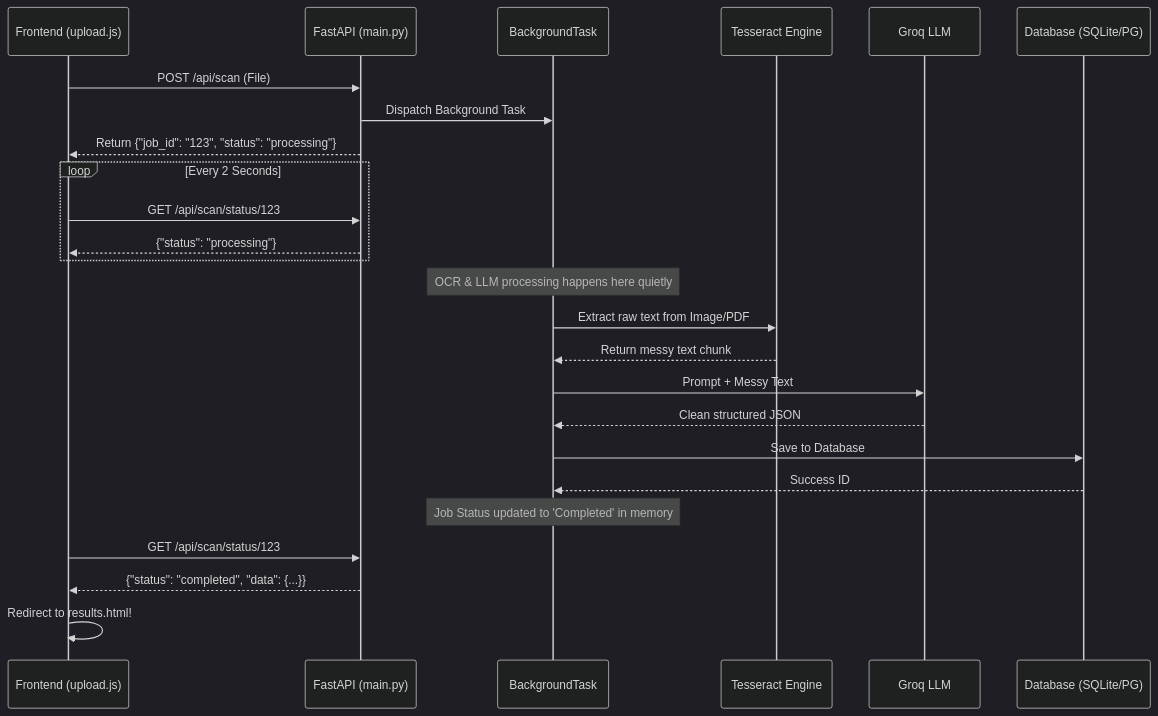
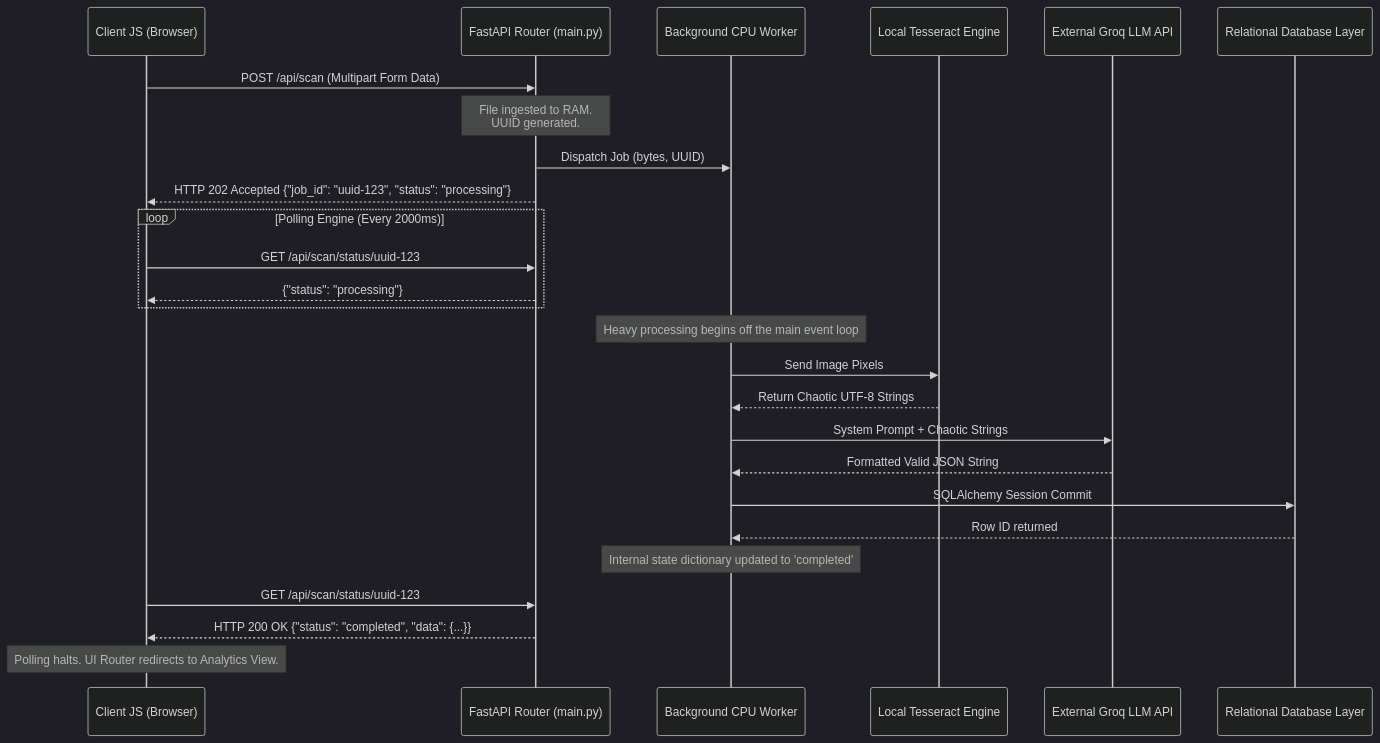
The diagram in ARCHITECTURE.md (VRCHAMPION/gst_invoice_scanner), drawn with Mermaid (dark theme) before and after one commit. The commit also changed other lines of this file and 3 other files, not shown here.

````diff
--- a/ARCHITECTURE.md
+++ b/ARCHITECTURE.md
@@ -10,35 +19,36 @@
 ```mermaid
 sequenceDiagram
-    participant User as Frontend (upload.js)
-    participant API as FastAPI (main.py)
-    participant Worker as BackgroundTask
-    participant OCR as Tesseract Engine
-    participant LLM as Groq LLM
-    participant DB as Database (SQLite/PG)
+    participant Client JS (Browser)
+    participant FastAPI Router (main.py)
+    participant Background CPU Worker
+    participant Local Tesseract Engine
+    participant External Groq LLM API
+    participant Relational Database Layer
 
-    User->>API: POST /api/scan (File)
-    API->>Worker: Dispatch Background Task
-    API-->>User: Return {"job_id": "123", "status": "processing"}
+    Client JS (Browser)->>FastAPI Router (main.py): POST /api/scan (Multipart Form Data)
+    Note over FastAPI Router (main.py): File ingested to RAM.<br/>UUID generated.
+    FastAPI Router (main.py)->>Background CPU Worker: Dispatch Job (bytes, UUID)
+    FastAPI Router (main.py)-->>Client JS (Browser): HTTP 202 Accepted {"job_id": "uuid-123", "status": "processing"}
     
-    loop Every 2 Seconds
-        User->>API: GET /api/scan/status/123
-        API-->>User: {"status": "processing"}
+    loop Polling Engine (Every 2000ms)
+        Client JS (Browser)->>FastAPI Router (main.py): GET /api/scan/status/uuid-123
+        FastAPI Router (main.py)-->>Client JS (Browser): {"status": "processing"}
     end
 
-    Note over Worker: OCR & LLM processing happens here quietly
+    Note over Background CPU Worker: Heavy processing begins off the main event loop
+    
+    Background CPU Worker->>Local Tesseract Engine: Send Image Pixels
+    Local Tesseract Engine-->>Background CPU Worker: Return Chaotic UTF-8 Strings
+    
+    Background CPU Worker->>External Groq LLM API: System Prompt + Chaotic Strings
+    External Groq LLM API-->>Background CPU Worker: Formatted Valid JSON String
+    
+    Background CPU Worker->>Relational Database Layer: SQLAlchemy Session Commit
+    Relational Database Layer-->>Background CPU Worker: Row ID returned
+    
+    Note over Background CPU Worker: Internal state dictionary updated to 'completed'
 
-    Worker->>OCR: Extract raw text from Image/PDF
-    OCR-->>Worker: Return messy text chunk
-    
-    Worker->>LLM: Prompt + Messy Text
-    LLM-->>Worker: Clean structured JSON
-    
-    Worker->>DB: Save to Database
-    DB-->>Worker: Success ID
-
-    Note over Worker: Job Status updated to 'Completed' in memory
-
-    User->>API: GET /api/scan/status/123
-    API-->>User: {"status": "completed", "data": {...}}
-    User->>User: Redirect to results.html!
+    Client JS (Browser)->>FastAPI Router (main.py): GET /api/scan/status/uuid-123
+    FastAPI Router (main.py)-->>Client JS (Browser): HTTP 200 OK {"status": "completed", "data": {...}}
+    Note over Client JS (Browser): Polling halts. UI Router redirects to Analytics View.
 ```
````
